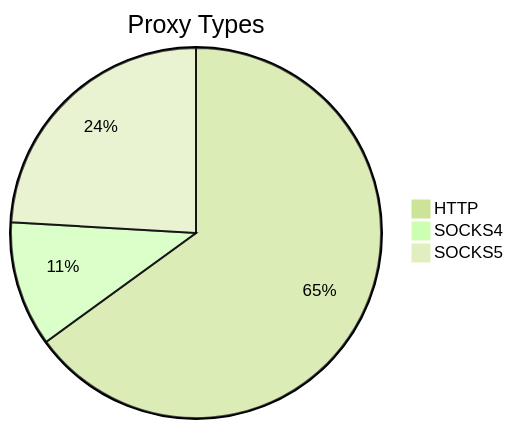
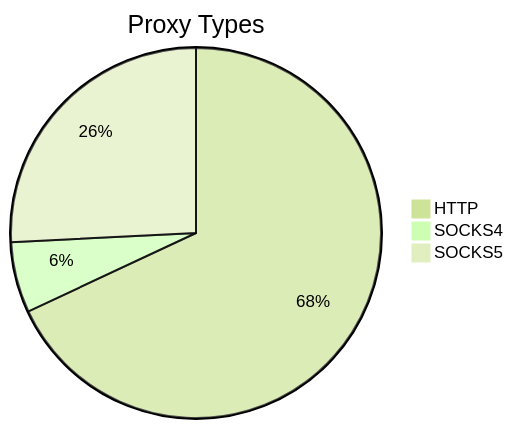
The first of 2 diagrams in README.md (stormsia/proxy-list), drawn with Mermaid (forest theme) before and after one commit. The commit also changed other lines of this file, not shown here.

````diff
--- a/README.md
+++ b/README.md
@@ -21,6 +21,6 @@
 ```mermaid
 pie title Proxy Types
-    "HTTP" : 648
-    "SOCKS4" : 109
-    "SOCKS5" : 240
+    "HTTP" : 496
+    "SOCKS4" : 45
+    "SOCKS5" : 188
 ```
````
